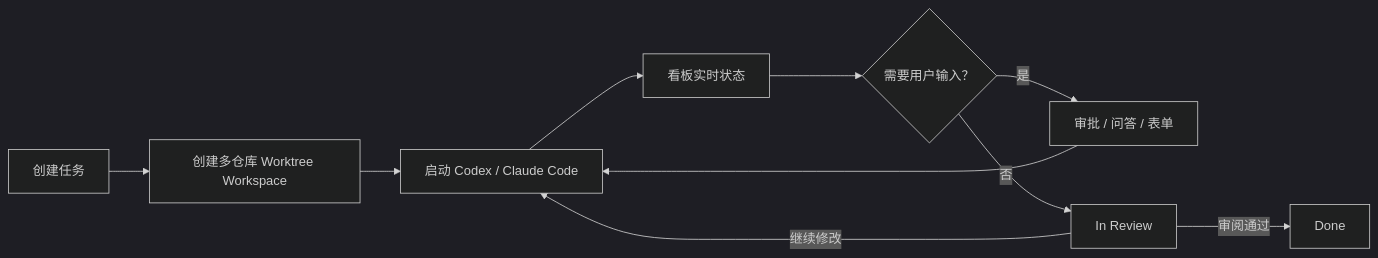
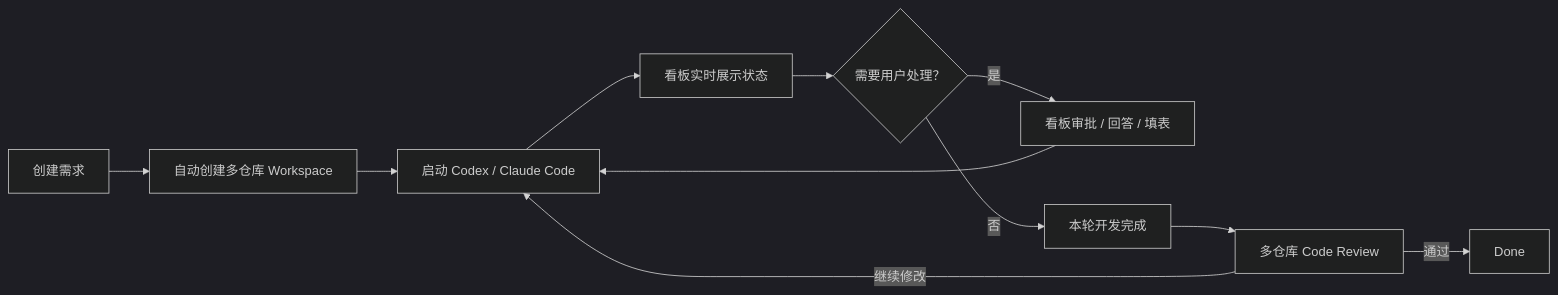
One commit to noO0oOo0ob/Agents-Workspaces changed the first of 2 diagrams in docs/01-P0产品规划.md. Above: the diagram before and after it, drawn with Mermaid (dark theme). The commit also changed other lines of this file and 2 other files, not shown here.

````diff
--- a/docs/01-P0产品规划.md
+++ b/docs/01-P0产品规划.md
@@ -14,12 +55,13 @@
 ```mermaid
 flowchart LR
-    T[创建任务] --> W[创建多仓库 Worktree Workspace]
-    W --> A[启动 Codex / Claude Code]
-    A --> K[看板实时状态]
-    K --> Q{需要用户输入？}
-    Q -->|是| I[审批 / 问答 / 表单]
-    I --> A
-    Q -->|否| R[In Review]
-    R -->|继续修改| A
-    R -->|审阅通过| D[Done]
+    A["创建需求"] --> B["自动创建多仓库 Workspace"]
+    B --> C["启动 Codex / Claude Code"]
+    C --> D["看板实时展示状态"]
+    D --> E{"需要用户处理？"}
+    E -->|"是"| F["看板审批 / 回答 / 填表"]
+    F --> C
+    E -->|"否"| G["本轮开发完成"]
+    G --> H["多仓库 Code Review"]
+    H -->|"继续修改"| C
+    H -->|"通过"| I["Done"]
 ```
````
